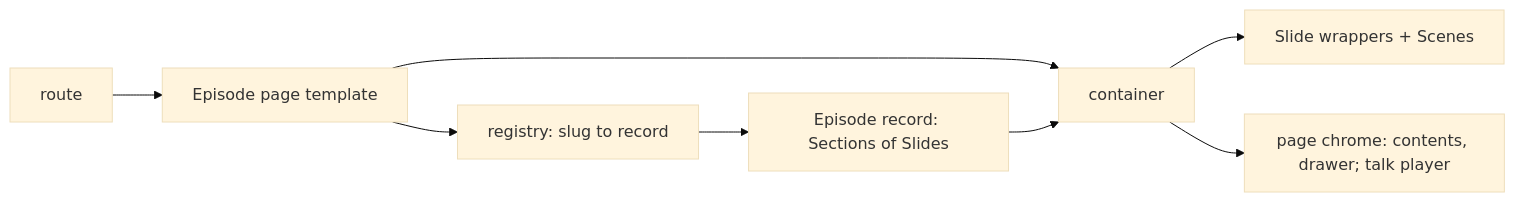
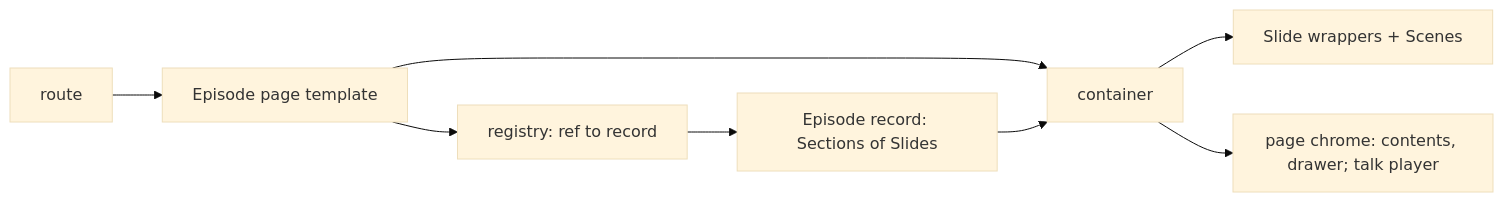
One commit to hancrafted/content-library changed the third of 5 diagrams in .archgate/adrs/FE-004-slide-architecture.md. Above: the diagram before and after it, drawn with Mermaid (base theme). The commit also changed 1 other file, not shown here.

Commit message:
refactor(episodes): fix the code-review findings on the composition lookup
### Fixed

1. The Workshop template test observes the Section slugs in ACT and keeps only
   the matcher in ASSERT, as ARCH-003 asks.

### Changed

1. FE-004's map names the registry lookup by ref, not by slug.

Source: https://github.com/hancrafted/content-library/issues/369 | code review of the Episode getters change

````diff
--- a/.archgate/adrs/FE-004-slide-architecture.md
+++ b/.archgate/adrs/FE-004-slide-architecture.md
@@ -74,10 +74,10 @@
 ```mermaid
 flowchart LR
   R["route"] --> P["Episode page template"]
-  P --> REG["registry: slug to record"]
+  P --> REG["registry: ref to record"]
   REG --> REC["Episode record: Sections of Slides"]
   P --> C["container"]
   REC --> C
   C --> W["Slide wrappers + Scenes"]
   C --> CH["page chrome: contents, drawer; talk player"]
 ```
````
